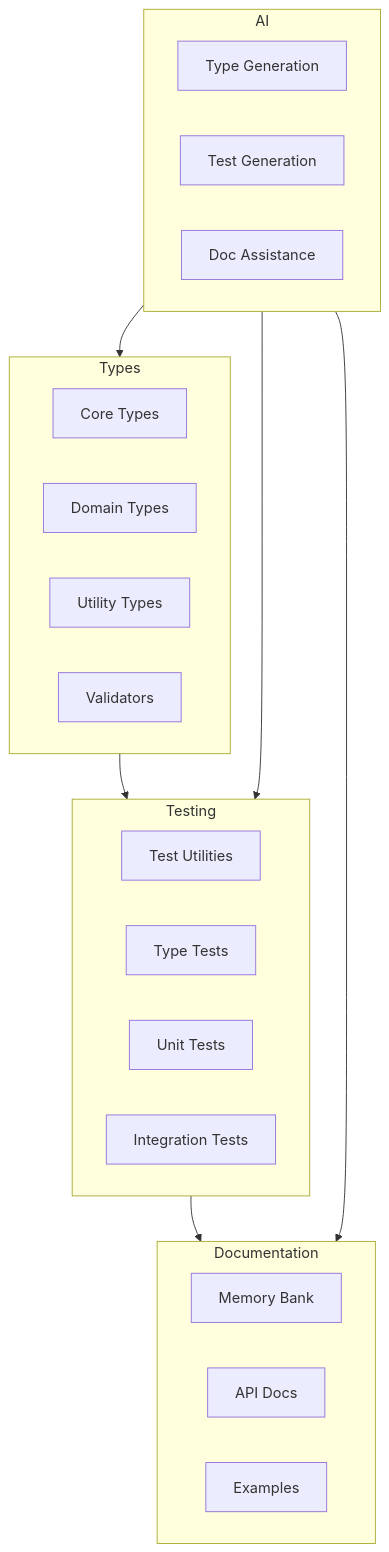
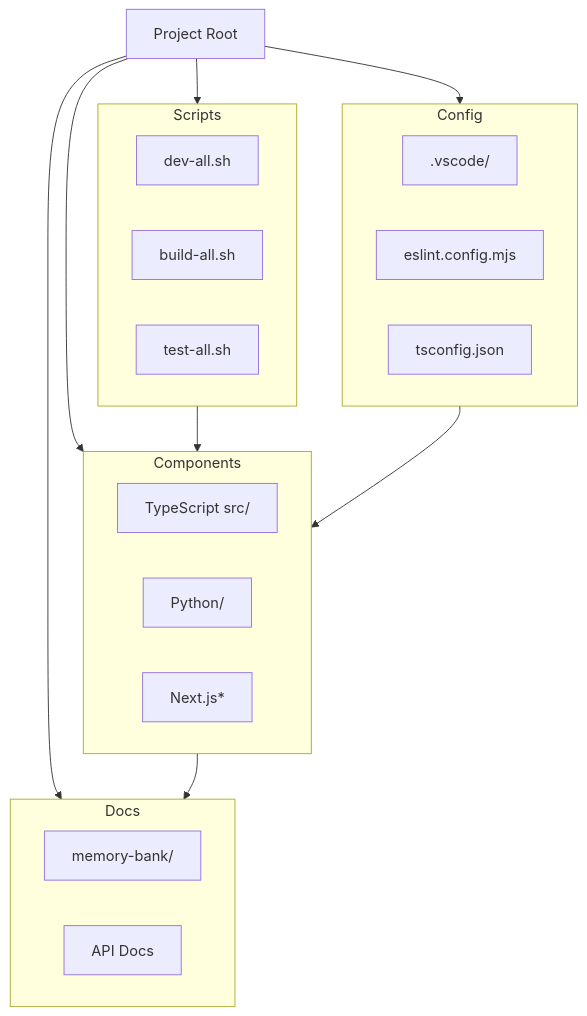
One commit to Luxcium/stellar-phoenix changed the first of 6 diagrams in memory-bank/systemPatterns.md. Above: the diagram before and after it, drawn with Mermaid. The commit also changed other lines of this file and 6 other files, not shown here.

Commit message:
Refactor project documentation and structure; enhance Python integration and testing setup

````diff
--- a/memory-bank/systemPatterns.md
+++ b/memory-bank/systemPatterns.md
@@ -7,34 +7,34 @@
 ```mermaid
 flowchart TD
-    subgraph Types
-        T1[Core Types]
-        T2[Domain Types]
-        T3[Utility Types]
-        T4[Validators]
+    Root[Project Root] --> Components
+    Root --> Config
+    Root --> Scripts
+    Root --> Docs
+
+    subgraph Components
+        TS[TypeScript src/]
+        PY[Python/]
+        Next[Next.js*]
     end
 
-    subgraph Testing
-        Test1[Test Utilities]
-        Test2[Type Tests]
-        Test3[Unit Tests]
-        Test4[Integration Tests]
+    subgraph Config
+        VS[.vscode/]
+        ESLint[eslint.config.mjs]
+        TS_Config[tsconfig.json]
     end
 
-    subgraph Documentation
-        D1[Memory Bank]
-        D2[API Docs]
-        D3[Examples]
+    subgraph Scripts
+        Dev[dev-all.sh]
+        Build[build-all.sh]
+        Test[test-all.sh]
     end
 
-    subgraph AI
-        AI1[Type Generation]
-        AI2[Test Generation]
-        AI3[Doc Assistance]
+    subgraph Docs
+        MB[memory-bank/]
+        API[API Docs]
     end
 
-    Types --> Testing
-    Testing --> Documentation
-    AI --> Types
-    AI --> Testing
-    AI --> Documentation
+    Scripts --> Components
+    Config --> Components
+    Components --> Docs
 ```
````
